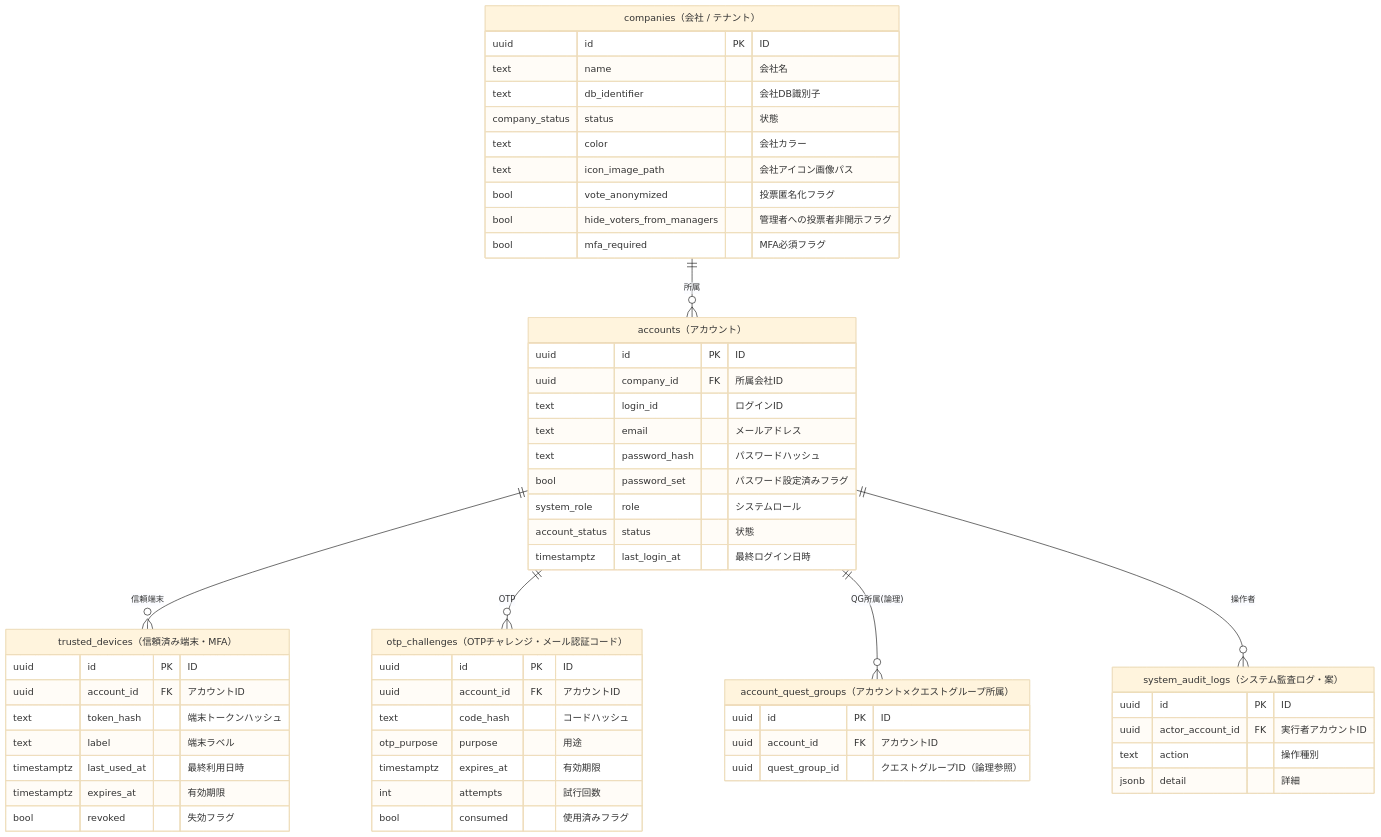
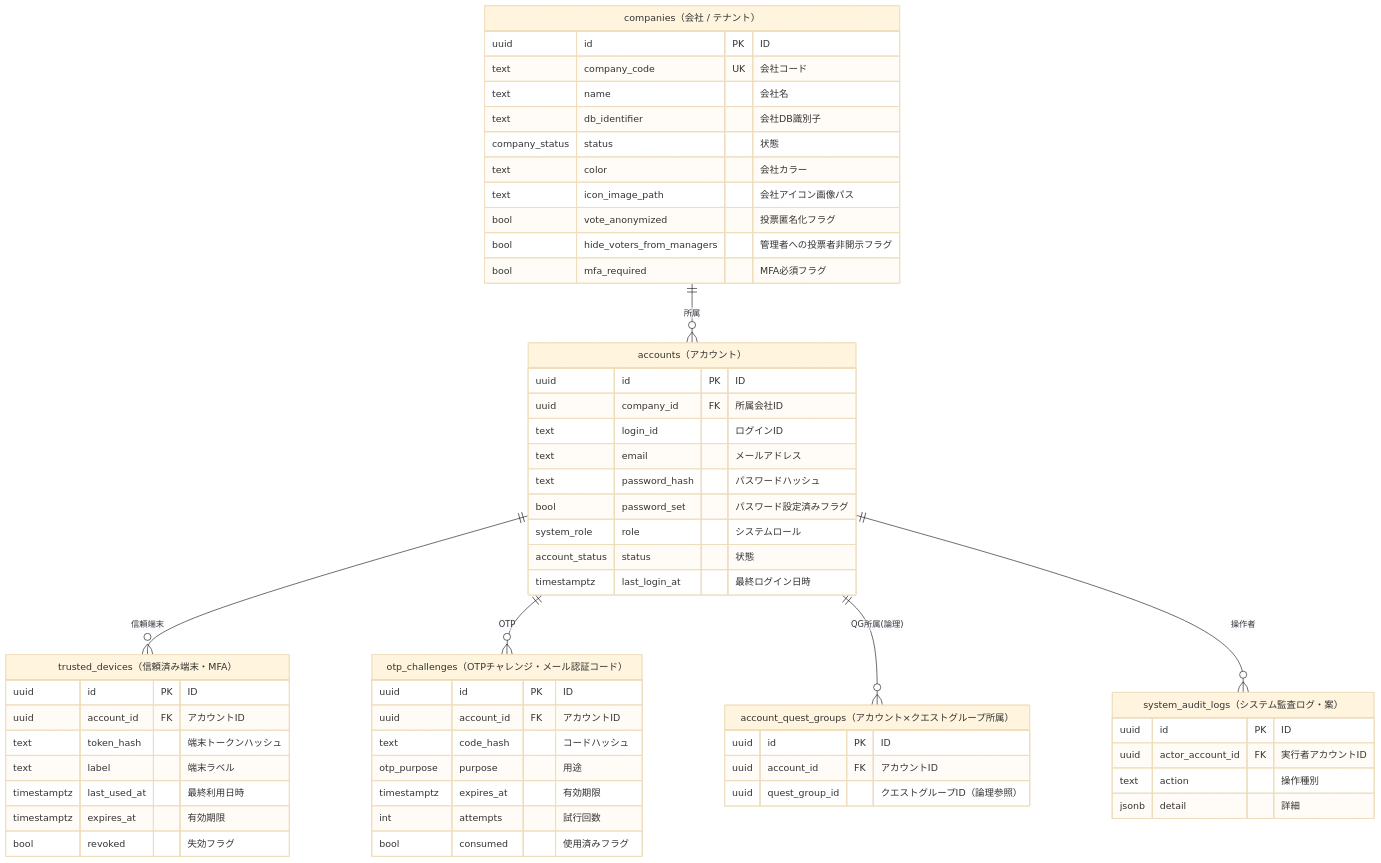
One commit to t-umekawa-sc/sc-ideaquest-G2 changed the second of 4 diagrams in doc/データモデル.md. Above: the diagram before and after it, drawn with Mermaid (base theme). The commit also changed other lines of this file and 1 other file, not shown here.

First line of the commit message:
データモデル.md companies に会社コード(company_code)を一意制約付きで追加

````diff
--- a/doc/データモデル.md
+++ b/doc/データモデル.md
@@ -149,60 +149,61 @@
 ```mermaid
 erDiagram
   companies ||--o{ accounts : "所属"
   accounts ||--o{ trusted_devices : "信頼端末"
   accounts ||--o{ otp_challenges : "OTP"
   accounts ||--o{ account_quest_groups : "QG所属(論理)"
   accounts ||--o{ system_audit_logs : "操作者"
 
   companies["companies（会社 / テナント）"] {
     uuid id PK "ID"
+    text company_code UK "会社コード"
     text name "会社名"
     text db_identifier "会社DB識別子"
     company_status status "状態"
     text color "会社カラー"
     text icon_image_path "会社アイコン画像パス"
     bool vote_anonymized "投票匿名化フラグ"
     bool hide_voters_from_managers "管理者への投票者非開示フラグ"
     bool mfa_required "MFA必須フラグ"
   }
   accounts["accounts（アカウント）"] {
     uuid id PK "ID"
     uuid company_id FK "所属会社ID"
     text login_id "ログインID"
     text email "メールアドレス"
     text password_hash "パスワードハッシュ"
     bool password_set "パスワード設定済みフラグ"
     system_role role "システムロール"
     account_status status "状態"
     timestamptz last_login_at "最終ログイン日時"
   }
   trusted_devices["trusted_devices（信頼済み端末・MFA）"] {
     uuid id PK "ID"
     uuid account_id FK "アカウントID"
     text token_hash "端末トークンハッシュ"
     text label "端末ラベル"
     timestamptz last_used_at "最終利用日時"
     timestamptz expires_at "有効期限"
     bool revoked "失効フラグ"
   }
   otp_challenges["otp_challenges（OTPチャレンジ・メール認証コード）"] {
     uuid id PK "ID"
     uuid account_id FK "アカウントID"
     text code_hash "コードハッシュ"
     otp_purpose purpose "用途"
     timestamptz expires_at "有効期限"
     int attempts "試行回数"
     bool consumed "使用済みフラグ"
   }
   account_quest_groups["account_quest_groups（アカウント×クエストグループ所属）"] {
     uuid id PK "ID"
     uuid account_id FK "アカウントID"
     uuid quest_group_id "クエストグループID（論理参照）"
   }
   system_audit_logs["system_audit_logs（システム監査ログ・案）"] {
     uuid id PK "ID"
     uuid actor_account_id FK "実行者アカウントID"
     text action "操作種別"
     jsonb detail "詳細"
   }
 ```
````
